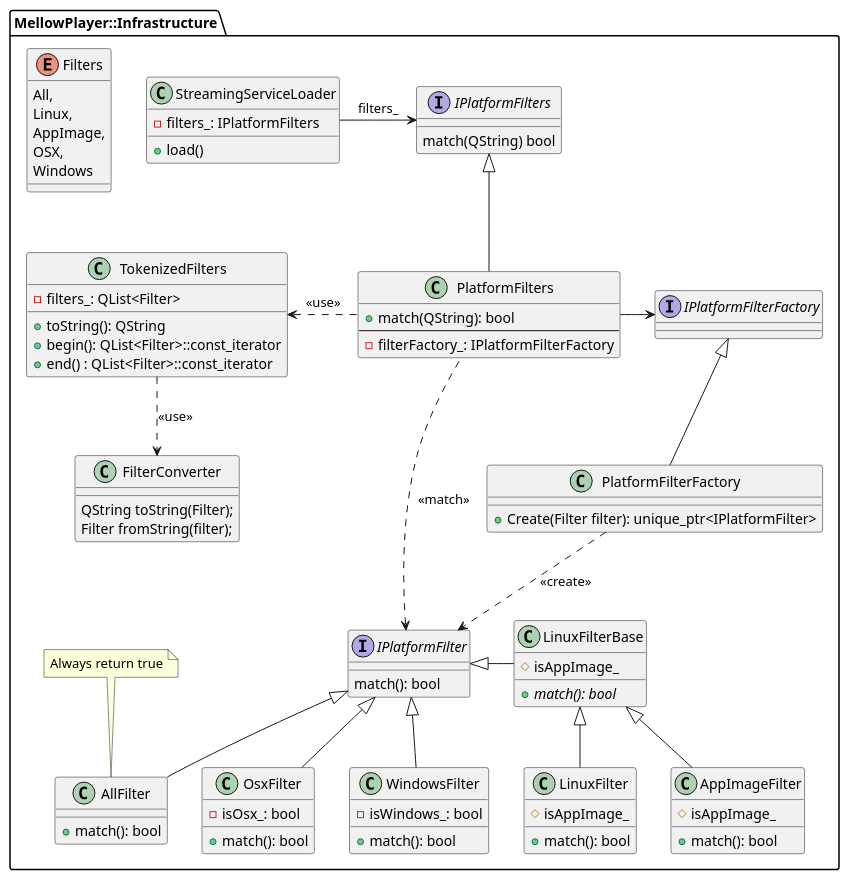
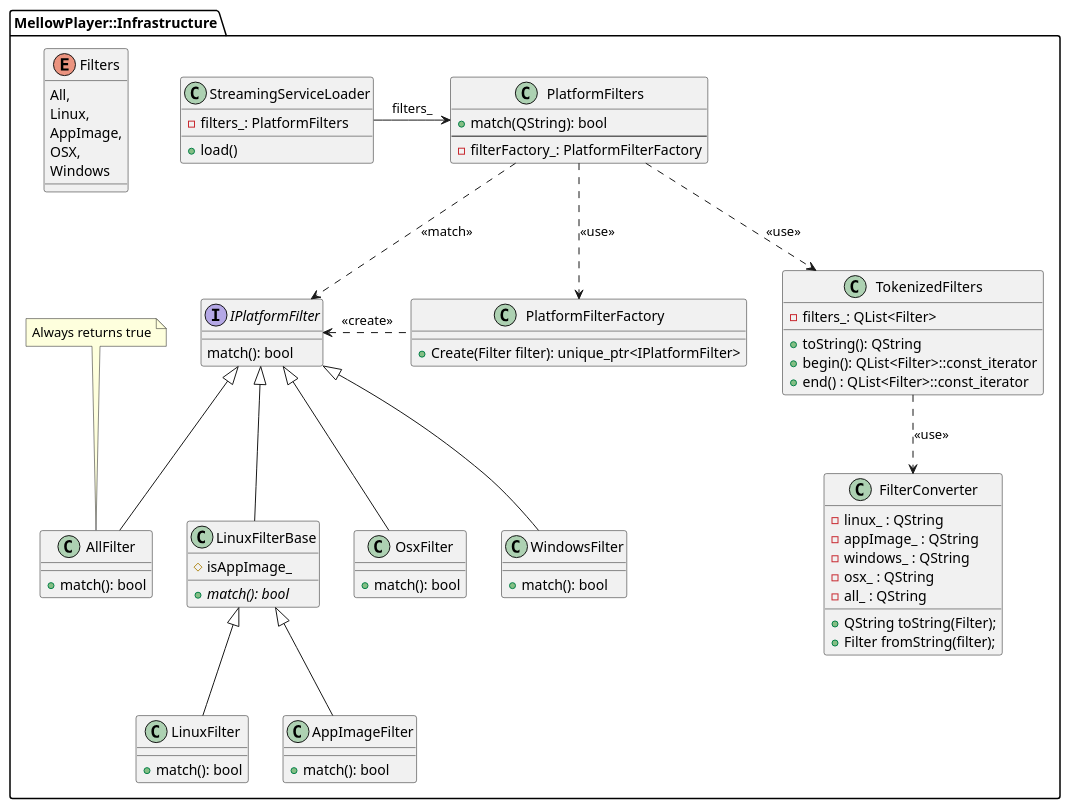
One commit to ColinDuquesnoy/MellowPlayer changed the diagram in docs/developers/PlantUml/FilterPluginsByPlatform.puml. Above: the diagram before and after it, drawn with PlantUML. The commit also changed 17 other files, not shown here.

Commit message:
#115 Filter plugin by support platform

```diff
--- a/docs/developers/PlantUml/FilterPluginsByPlatform.puml
+++ b/docs/developers/PlantUml/FilterPluginsByPlatform.puml
@@ -1,97 +1,90 @@
 @startuml
 
 package MellowPlayer::Infrastructure {
     class StreamingServiceLoader {
         + load()
-        - filters_: IPlatformFilters
+        - filters_: PlatformFilters
     }
-    StreamingServiceLoader -right-> IPlatformFilters: filters_
-
-    interface IPlatformFilters {
-        match(QString) bool
-    }
+    StreamingServiceLoader -right-> PlatformFilters: filters_
 
     enum Filters {
         All,
         Linux,
         AppImage,
         OSX,
         Windows
     }
 
     class FilterConverter {
-        QString toString(Filter);
-        Filter fromString(filter);
+        + QString toString(Filter);
+        + Filter fromString(filter);
+        - linux_ : QString
+        - appImage_ : QString
+        - windows_ : QString
+        - osx_ : QString
+        - all_ : QString
     }
 
     class TokenizedFilters {
         - filters_: QList<Filter>
         + toString(): QString
         + begin(): QList<Filter>::const_iterator
         + end() : QList<Filter>::const_iterator
     }
     TokenizedFilters ..> FilterConverter: <<use>>
 
-    interface IPlatformFilterFactory
-
     class PlatformFilterFactory {
         + Create(Filter filter): unique_ptr<IPlatformFilter>
     }
-    IPlatformFilterFactory <|-- PlatformFilterFactory
-    PlatformFilterFactory ..> IPlatformFilter: <<create>>
+    PlatformFilterFactory .left.> IPlatformFilter: <<create>>
 
     class PlatformFilters {
         + match(QString): bool
         --
-        - filterFactory_: IPlatformFilterFactory
+        - filterFactory_: PlatformFilterFactory
     }
-    IPlatformFilters <|-- PlatformFilters
-    PlatformFilters .left.> TokenizedFilters : <<use>>
-    PlatformFilters -right-> IPlatformFilterFactory
+    PlatformFilters ..> TokenizedFilters : <<use>>
+    PlatformFilters ..> PlatformFilterFactory : <<use>>
 
-    PlatformFilters .left.> IPlatformFilter: <<match>>
+    PlatformFilters ..> IPlatformFilter: <<match>>
 
     interface IPlatformFilter {
          match(): bool
     }
 
     class AllFilter {
         + match(): bool
     }
     IPlatformFilter <|-- AllFilter
     note top
-    Always return true
+    Always returns true
     end note
 
     class LinuxFilterBase {
         # isAppImage_
         + {abstract} match(): bool
     }
-    IPlatformFilter <|-right- LinuxFilterBase
+    IPlatformFilter <|-- LinuxFilterBase
 
     class LinuxFilter {
-        # isAppImage_
         + match(): bool
     }
     LinuxFilterBase <|-- LinuxFilter
 
     class AppImageFilter {
-        # isAppImage_
         + match(): bool
     }
     LinuxFilterBase <|-- AppImageFilter
 
     class OsxFilter {
-        - isOsx_: bool
         + match(): bool
     }
     IPlatformFilter <|-- OsxFilter
 
     class WindowsFilter  {
-        - isWindows_: bool
         + match(): bool
     }
     IPlatformFilter <|-- WindowsFilter
 }
 
 @enduml
```
